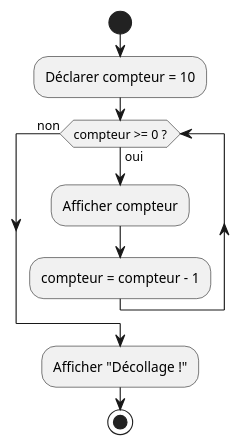
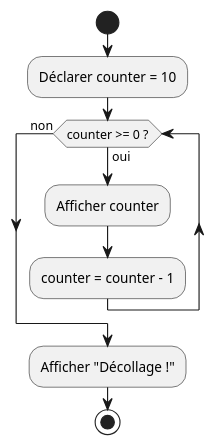
Diagram 11 of 12 in 04.02-variables-constantes/02-exercices/README.md (HEIG-VD-Prog-Course/HEIG-VD-ProgIM-Course), drawn with PlantUML before and after one commit. The commit also changed other lines of this file and 1 other file, not shown here.

````diff
--- a/04.02-variables-constantes/02-exercices/README.md
+++ b/04.02-variables-constantes/02-exercices/README.md
@@ -833,12 +833,12 @@
 ```plantuml
 @startuml
 start
-:Déclarer compteur = 10;
-while (compteur >= 0 ?) is (oui)
-  :Afficher compteur;
-  :compteur = compteur - 1;
+:Déclarer counter = 10;
+while (counter >= 0 ?) is (oui)
+  :Afficher counter;
+  :counter = counter - 1;
 endwhile (non)
 :Afficher "Décollage !";
 stop
 @enduml
 ```
````
